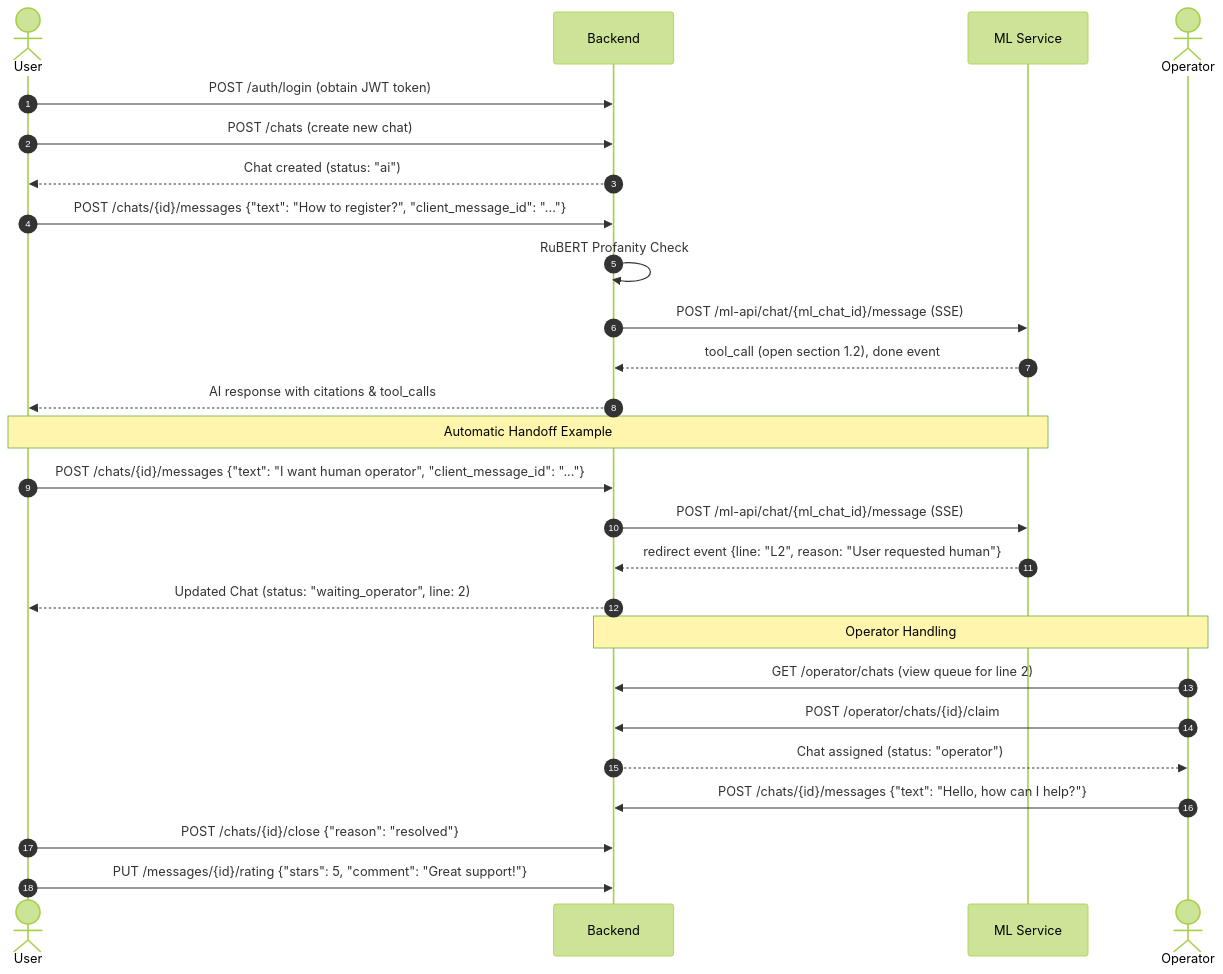
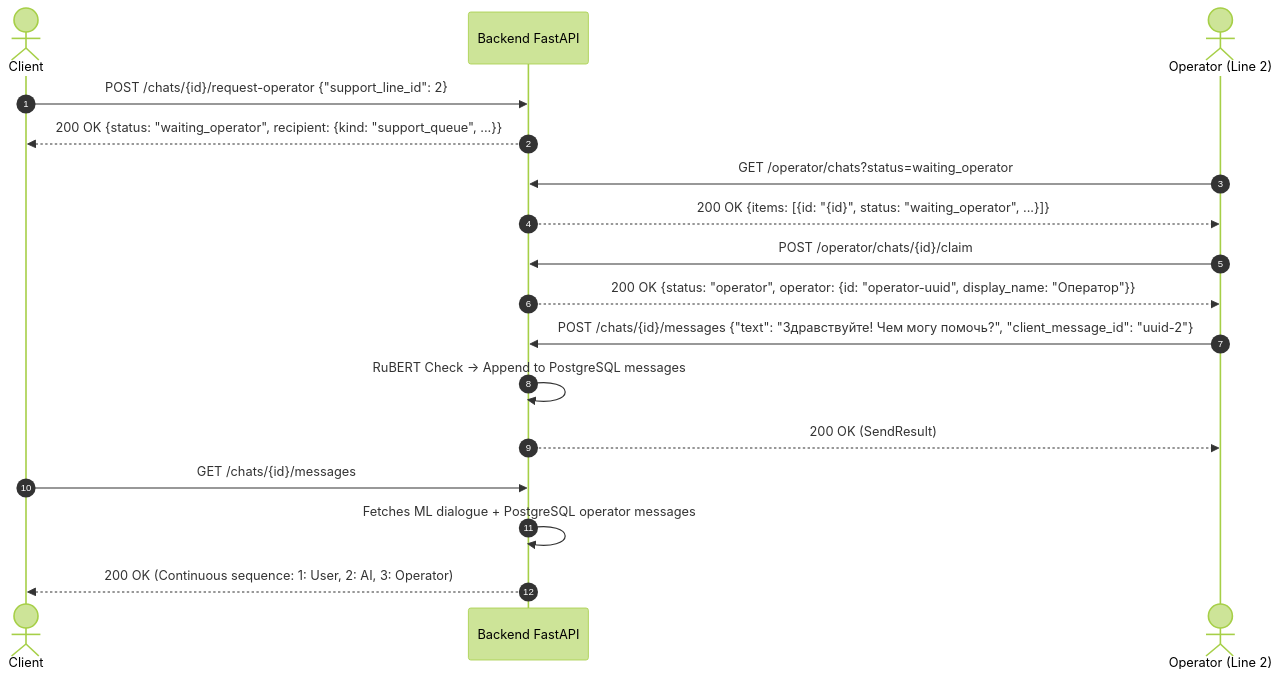
Before and after one commit to one-zero-eight/tenderhack-nizhniy-novgorod-innohassle: the third of 5 diagrams in backend/README.md, drawn with Mermaid (forest theme). The commit also changed other lines of this file and 12 other files, not shown here.

Commit message:
feat: stream AI responses via SSE and use ML-backed chat history

````diff
--- a/backend/README.md
+++ b/backend/README.md
@@ -66,33 +193,24 @@
 ```mermaid
 sequenceDiagram
     autonumber
-    actor User
-    participant Backend
-    participant ML as ML Service
-    actor Operator
+    actor User as Client
+    participant Backend as Backend FastAPI
+    actor Operator as Operator (Line 2)
 
-    User->>Backend: POST /auth/login (obtain JWT token)
-    User->>Backend: POST /chats (create new chat)
-    Backend-->>User: Chat created (status: "ai")
+    User->>Backend: POST /chats/{id}/request-operator {"support_line_id": 2}
+    Backend-->>User: 200 OK {status: "waiting_operator", recipient: {kind: "support_queue", ...}}
 
-    User->>Backend: POST /chats/{id}/messages {"text": "How to register?", "client_message_id": "..."}
-    Backend->>Backend: RuBERT Profanity Check
-    Backend->>ML: POST /ml-api/chat/{ml_chat_id}/message (SSE)
-    ML-->>Backend: tool_call (open section 1.2), done event
-    Backend-->>User: AI response with citations & tool_calls
+    Operator->>Backend: GET /operator/chats?status=waiting_operator
+    Backend-->>Operator: 200 OK {items: [{id: "{id}", status: "waiting_operator", ...}]}
 
-    Note over User, ML: Automatic Handoff Example
-    User->>Backend: POST /chats/{id}/messages {"text": "I want human operator", "client_message_id": "..."}
-    Backend->>ML: POST /ml-api/chat/{ml_chat_id}/message (SSE)
-    ML-->>Backend: redirect event {line: "L2", reason: "User requested human"}
-    Backend-->>User: Updated Chat (status: "waiting_operator", line: 2)
+    Operator->>Backend: POST /operator/chats/{id}/claim
+    Backend-->>Operator: 200 OK {status: "operator", operator: {id: "operator-uuid", display_name: "Оператор"}}
 
-    Note over Operator, Backend: Operator Handling
-    Operator->>Backend: GET /operator/chats (view queue for line 2)
-    Operator->>Backend: POST /operator/chats/{id}/claim
-    Backend-->>Operator: Chat assigned (status: "operator")
-    Operator->>Backend: POST /chats/{id}/messages {"text": "Hello, how can I help?"}
+    Operator->>Backend: POST /chats/{id}/messages {"text": "Здравствуйте! Чем могу помочь?", "client_message_id": "uuid-2"}
+    Backend->>Backend: RuBERT Check -> Append to PostgreSQL messages
+    Backend-->>Operator: 200 OK (SendResult)
 
-    User->>Backend: POST /chats/{id}/close {"reason": "resolved"}
-    User->>Backend: PUT /messages/{id}/rating {"stars": 5, "comment": "Great support!"}
+    User->>Backend: GET /chats/{id}/messages
+    Backend->>Backend: Fetches ML dialogue + PostgreSQL operator messages
+    Backend-->>User: 200 OK (Continuous sequence: 1: User, 2: AI, 3: Operator)
 ```
````
